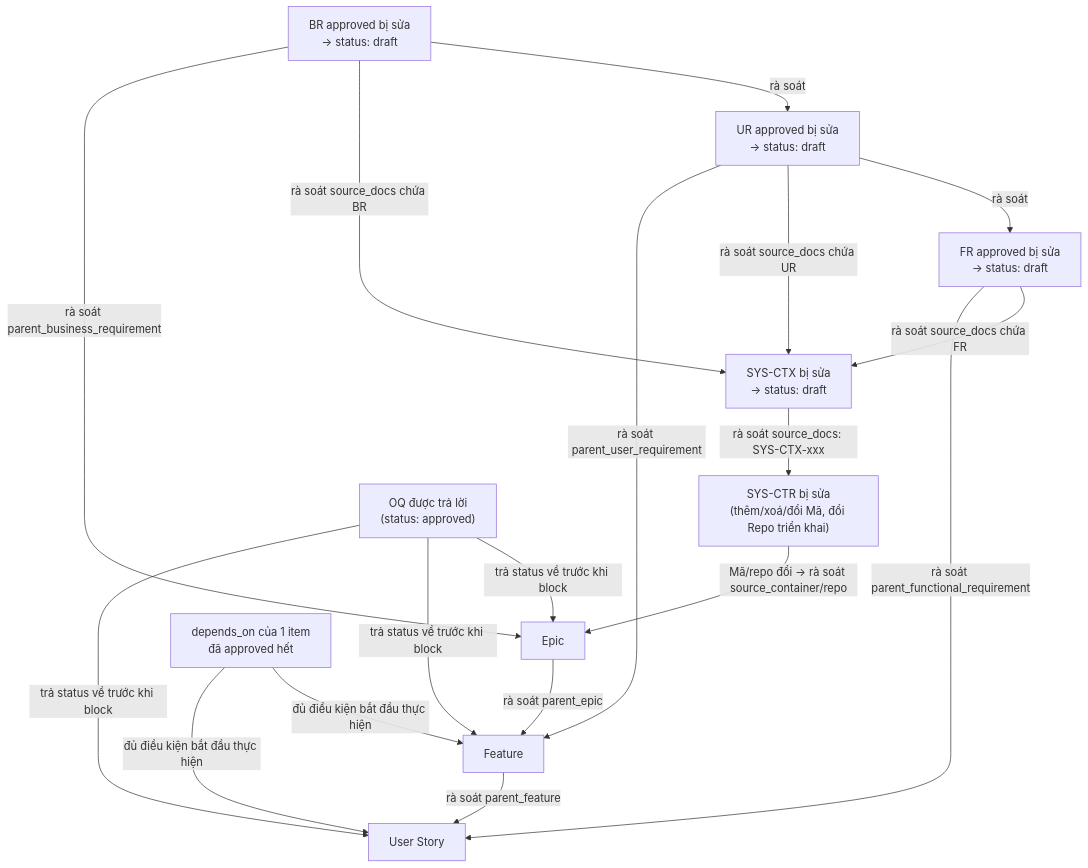
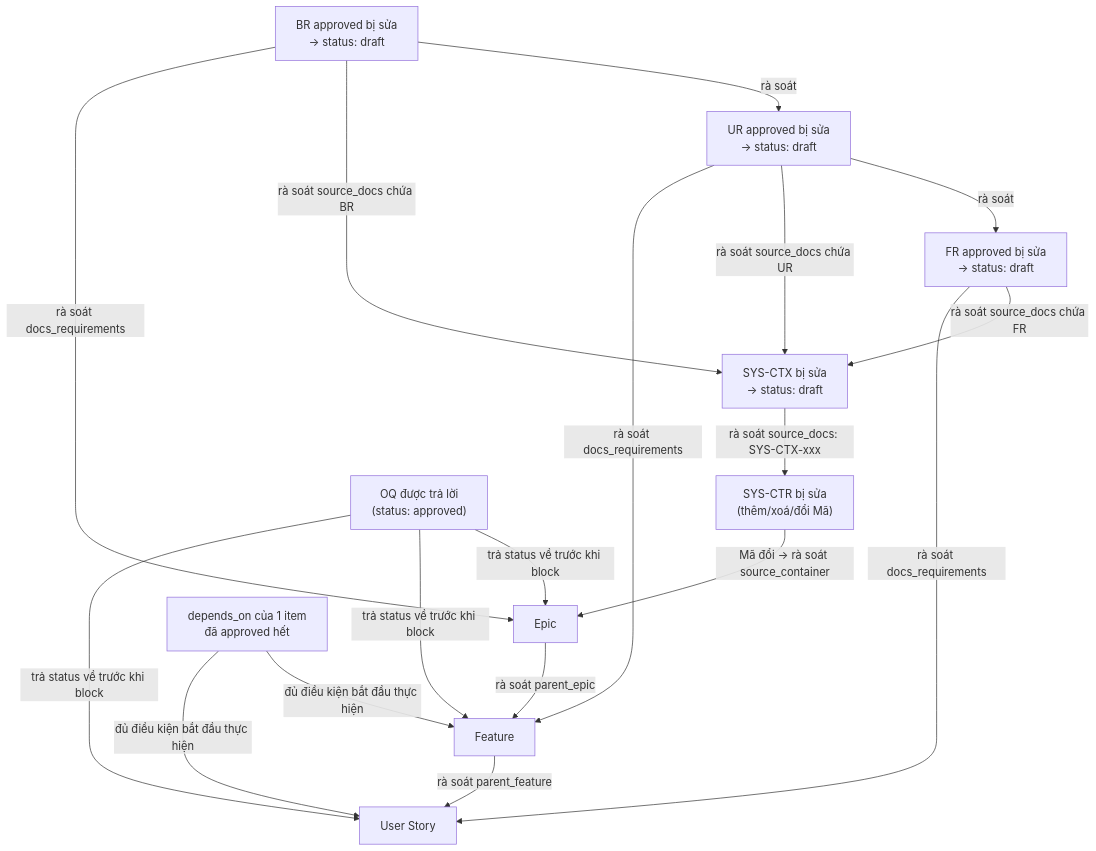
The second of 2 diagrams in AGENTS.md (elsieej/spec-kit-template), drawn with Mermaid before and after one commit. The commit also changed other lines of this file and 12 other files, not shown here.

First line of the commit message:
docs(spec-kit): drop multi-repo scope, unify BR/UR/FR links, add Component diagrams by default

````diff
--- a/AGENTS.md
+++ b/AGENTS.md
@@ -168,31 +150,31 @@
 ```mermaid
 flowchart TD
     BR["BR approved bị sửa<br/>→ status: draft"]
     UR["UR approved bị sửa<br/>→ status: draft"]
     FR["FR approved bị sửa<br/>→ status: draft"]
     CTX["SYS-CTX bị sửa<br/>→ status: draft"]
-    CTR["SYS-CTR bị sửa<br/>(thêm/xoá/đổi Mã, đổi Repo triển khai)"]
+    CTR["SYS-CTR bị sửa<br/>(thêm/xoá/đổi Mã)"]
     EPIC["Epic"]
     FEAT["Feature"]
     US["User Story"]
     OQ["OQ được trả lời<br/>(status: approved)"]
     DEP["depends_on của 1 item<br/>đã approved hết"]
 
     BR -->|rà soát| UR
     BR -->|rà soát source_docs chứa BR| CTX
-    BR -->|rà soát parent_business_requirement| EPIC
+    BR -->|rà soát docs_requirements| EPIC
     UR -->|rà soát| FR
     UR -->|rà soát source_docs chứa UR| CTX
-    UR -->|rà soát parent_user_requirement| FEAT
+    UR -->|rà soát docs_requirements| FEAT
     FR -->|rà soát source_docs chứa FR| CTX
-    FR -->|rà soát parent_functional_requirement| US
+    FR -->|rà soát docs_requirements| US
     CTX -->|rà soát source_docs: SYS-CTX-xxx| CTR
-    CTR -->|Mã/repo đổi → rà soát source_container/repo| EPIC
+    CTR -->|Mã đổi → rà soát source_container| EPIC
     EPIC -->|rà soát parent_epic| FEAT
     FEAT -->|rà soát parent_feature| US
     OQ -->|trả status về trước khi block| EPIC
     OQ -->|trả status về trước khi block| FEAT
     OQ -->|trả status về trước khi block| US
     DEP -->|đủ điều kiện bắt đầu thực hiện| FEAT
     DEP -->|đủ điều kiện bắt đầu thực hiện| US
 ```
````
